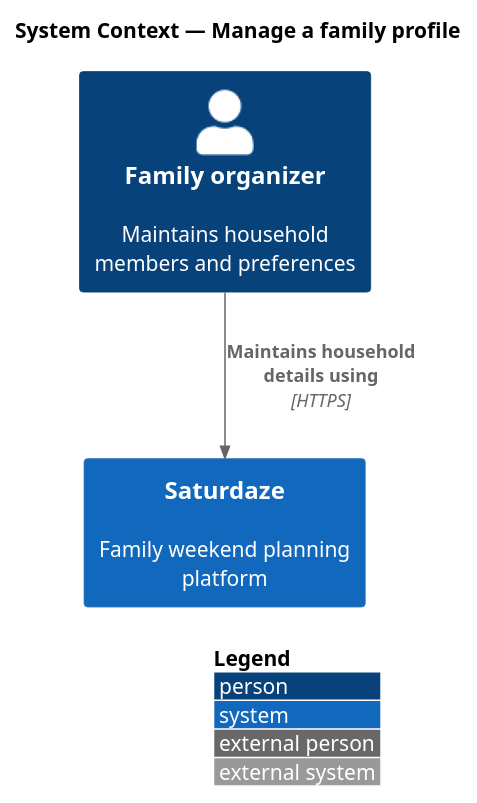
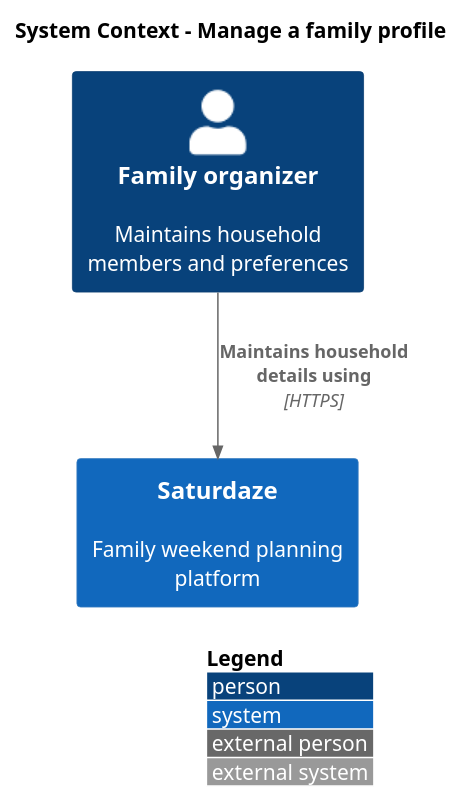
Before and after one commit to QuinntyneBrown/saturdaze: the diagram in docs/detailed-designs/family-profile/manage-family-profile/diagrams/c4-context.puml, drawn with PlantUML. The commit also changed 289 other files, not shown here.

```diff
--- a/docs/detailed-designs/family-profile/manage-family-profile/diagrams/c4-context.puml
+++ b/docs/detailed-designs/family-profile/manage-family-profile/diagrams/c4-context.puml
@@ -1,9 +1,9 @@
 @startuml
 !include <C4/C4_Context>
 LAYOUT_WITH_LEGEND()
-title System Context — Manage a family profile
+title System Context - Manage a family profile
 
 Person(actor, "Family organizer", "Maintains household members and preferences")
 System(saturdaze, "Saturdaze", "Family weekend planning platform")
 Rel(actor, saturdaze, "Maintains household details using", "HTTPS")
 @enduml
```
